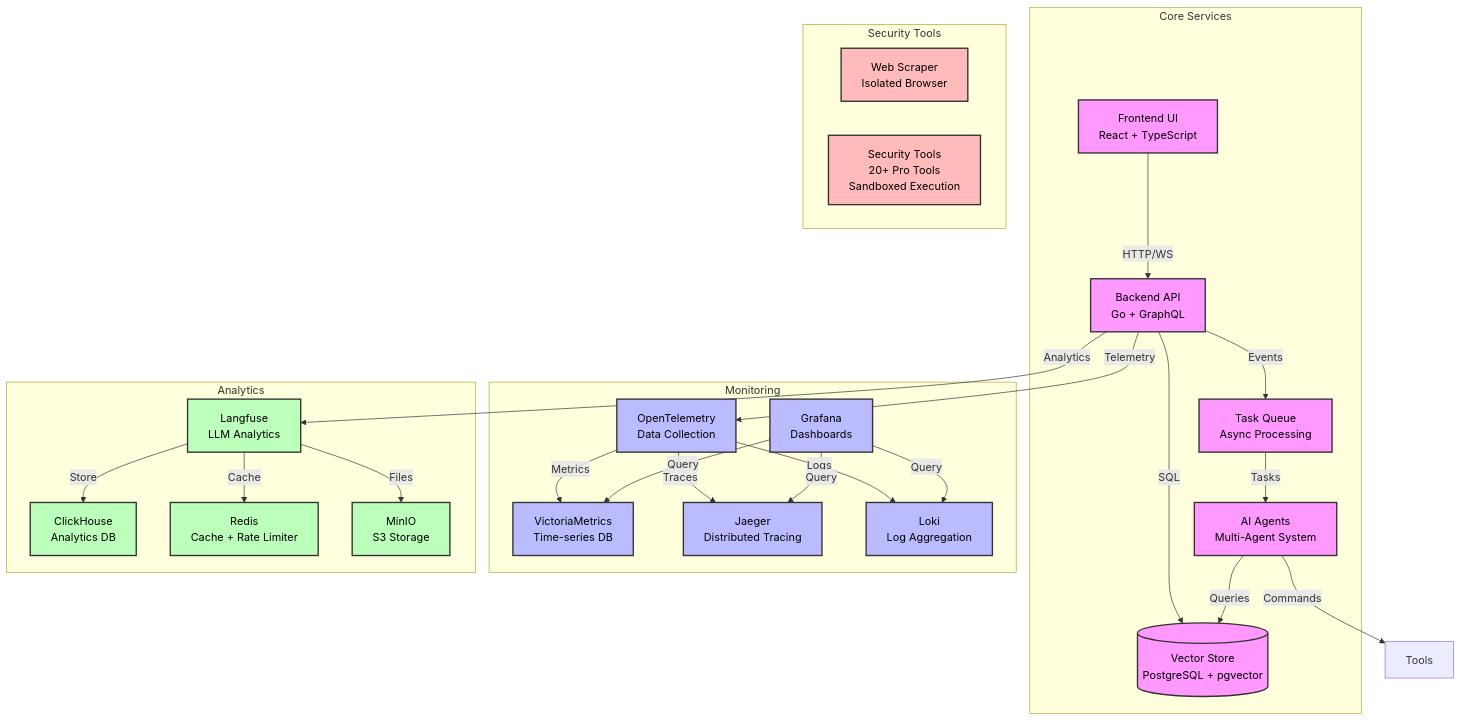
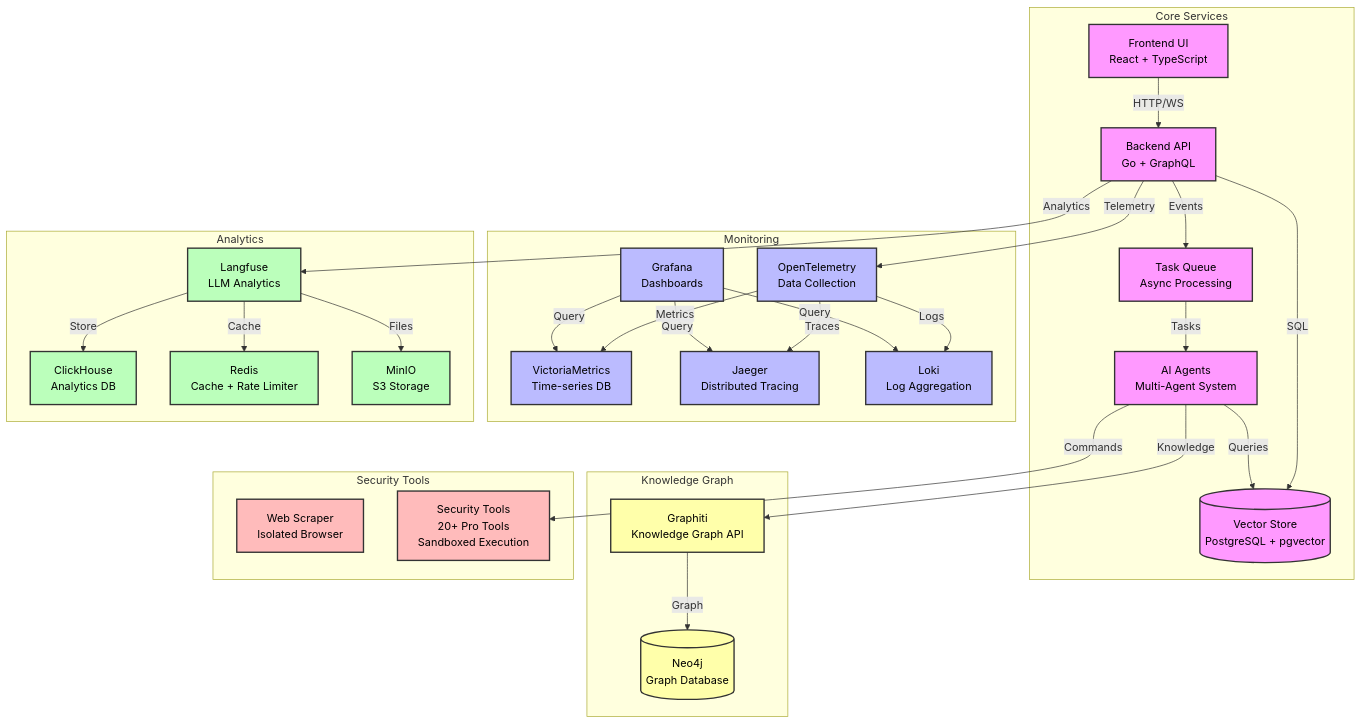
Before and after one commit to pentagi-oss/pentagi: the second of 6 diagrams in README.md, drawn with Mermaid. The commit also changed other lines of this file and 13 other files, not shown here.

Commit message:
feat: added graphiti integration

````diff
--- a/README.md
+++ b/README.md
@@ -102,61 +103,70 @@
 ```mermaid
 graph TB
     subgraph Core Services
         UI[Frontend UI<br/>React + TypeScript]
         API[Backend API<br/>Go + GraphQL]
         DB[(Vector Store<br/>PostgreSQL + pgvector)]
         MQ[Task Queue<br/>Async Processing]
         Agent[AI Agents<br/>Multi-Agent System]
+    end
+
+    subgraph Knowledge Graph
+        Graphiti[Graphiti<br/>Knowledge Graph API]
+        Neo4j[(Neo4j<br/>Graph Database)]
     end
 
     subgraph Monitoring
         Grafana[Grafana<br/>Dashboards]
         VictoriaMetrics[VictoriaMetrics<br/>Time-series DB]
         Jaeger[Jaeger<br/>Distributed Tracing]
         Loki[Loki<br/>Log Aggregation]
         OTEL[OpenTelemetry<br/>Data Collection]
     end
 
     subgraph Analytics
         Langfuse[Langfuse<br/>LLM Analytics]
         ClickHouse[ClickHouse<br/>Analytics DB]
         Redis[Redis<br/>Cache + Rate Limiter]
         MinIO[MinIO<br/>S3 Storage]
     end
 
     subgraph Security Tools
         Scraper[Web Scraper<br/>Isolated Browser]
         PenTest[Security Tools<br/>20+ Pro Tools<br/>Sandboxed Execution]
     end
 
     UI --> |HTTP/WS| API
     API --> |SQL| DB
     API --> |Events| MQ
     MQ --> |Tasks| Agent
-    Agent --> |Commands| Tools
+    Agent --> |Commands| PenTest
     Agent --> |Queries| DB
+    Agent --> |Knowledge| Graphiti
+    Graphiti --> |Graph| Neo4j
 
     API --> |Telemetry| OTEL
     OTEL --> |Metrics| VictoriaMetrics
     OTEL --> |Traces| Jaeger
     OTEL --> |Logs| Loki
 
     Grafana --> |Query| VictoriaMetrics
     Grafana --> |Query| Jaeger
     Grafana --> |Query| Loki
 
     API --> |Analytics| Langfuse
     Langfuse --> |Store| ClickHouse
     Langfuse --> |Cache| Redis
     Langfuse --> |Files| MinIO
 
     classDef core fill:#f9f,stroke:#333,stroke-width:2px,color:#000
+    classDef knowledge fill:#ffa,stroke:#333,stroke-width:2px,color:#000
     classDef monitoring fill:#bbf,stroke:#333,stroke-width:2px,color:#000
     classDef analytics fill:#bfb,stroke:#333,stroke-width:2px,color:#000
     classDef tools fill:#fbb,stroke:#333,stroke-width:2px,color:#000
 
     class UI,API,DB,MQ,Agent core
+    class Graphiti,Neo4j knowledge
     class Grafana,VictoriaMetrics,Jaeger,Loki,OTEL monitoring
     class Langfuse,ClickHouse,Redis,MinIO analytics
     class Scraper,PenTest tools
 ```
````
